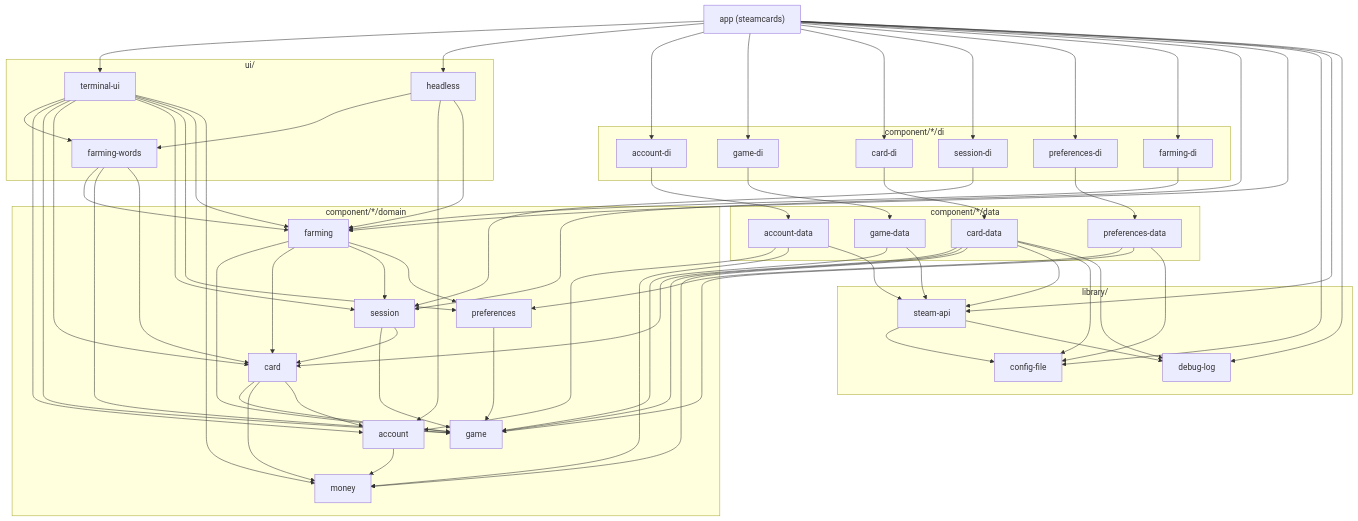
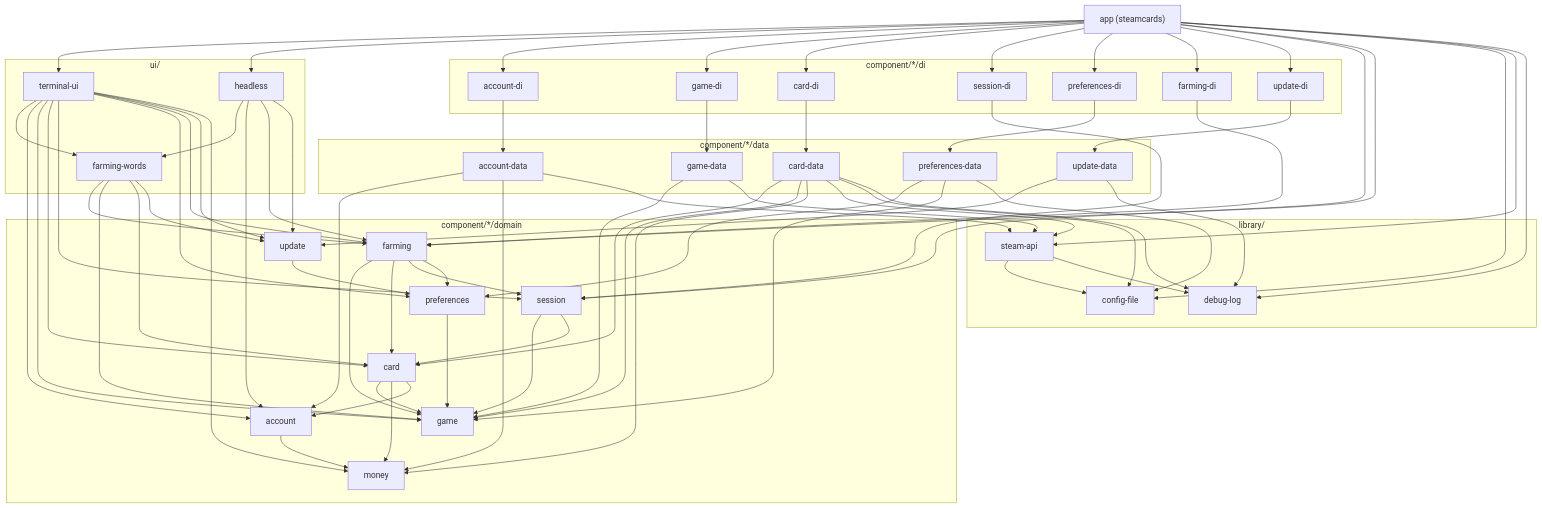
Before and after one commit to joshgallantt/steamcards: the diagram in docs/architecture.md, drawn with Mermaid. The commit also changed other lines of this file and 63 other files, not shown here.

````diff
--- a/docs/architecture.md
+++ b/docs/architecture.md
@@ -454,63 +468,69 @@
 ```mermaid
 graph TD
     APP["app (steamcards)"]
 
     subgraph UI["ui/"]
         TUI[terminal-ui]
         HL[headless]
         FW[farming-words]
     end
 
     subgraph DI["component/*/di"]
         ADI[account-di]
         GDI[game-di]
         CDI[card-di]
         SDI[session-di]
         PDI[preferences-di]
         FDI[farming-di]
+        UDI[update-di]
     end
 
     subgraph DATA["component/*/data"]
         AD[account-data]
         GD[game-data]
         CD[card-data]
         PD[preferences-data]
+        UD[update-data]
     end
 
     subgraph DOMAIN["component/*/domain"]
         MON[money]
         ACC[account]
         GAME[game]
         CARD[card]
         SES[session]
         PREF[preferences]
         FARM[farming]
+        UPD[update]
     end
 
     subgraph LIBS["library/"]
         SA[steam-api]
         CF[config-file]
         DL[debug-log]
     end
 
-    APP --> TUI & HL & ADI & GDI & CDI & SDI & PDI & FDI & SES & FARM & CF & SA & DL
-    TUI --> FW & ACC & GAME & CARD & SES & PREF & FARM & MON
-    HL --> FW & ACC & FARM
-    FW --> FARM & GAME & CARD
+    APP --> TUI & HL & ADI & GDI & CDI & SDI & PDI & FDI & UDI & SES & FARM & CF & SA & DL
+    TUI --> FW & ACC & GAME & CARD & SES & PREF & FARM & UPD & MON
+    HL --> FW & ACC & FARM & UPD
+    FW --> FARM & GAME & CARD & UPD
     ADI --> AD
     GDI --> GD
     CDI --> CD
     PDI --> PD
     FDI --> FARM
+    UDI --> UD
     SDI --> SES
     AD --> ACC & MON & SA
     GD --> GAME & SA
     CD --> CARD & GAME & MON & SA & CF & DL
     PD --> PREF & GAME & CF
+    UD --> UPD & DL
     ACC --> MON
     CARD --> GAME & MON & ACC
     PREF --> GAME
     SES --> GAME & CARD
     FARM --> GAME & CARD & SES & PREF
+    UPD --> PREF
     SA --> CF & DL
 ```
````
